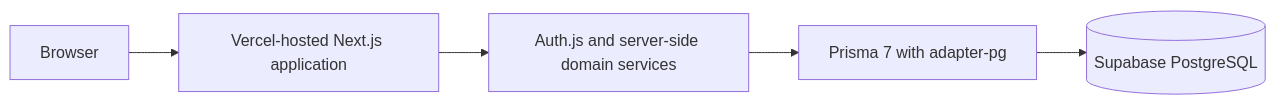
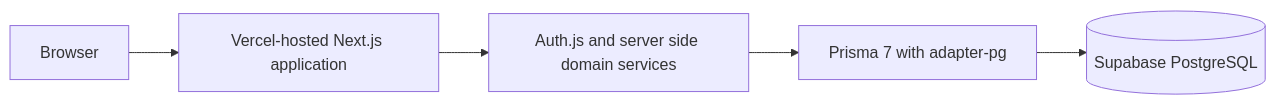
The diagram in docs/CASE_STUDY.md (simonjr07/aurelia-studio), drawn with Mermaid before and after one commit. The commit also changed other lines of this file and 41 other files, not shown here.

````diff
--- a/docs/CASE_STUDY.md
+++ b/docs/CASE_STUDY.md
@@ -19,7 +19,7 @@
 ```mermaid
 flowchart LR
   B[Browser] --> N[Vercel-hosted Next.js application]
-  N --> S[Auth.js and server-side domain services]
+  N --> S[Auth.js and server side domain services]
   S --> P[Prisma 7 with adapter-pg]
   P --> D[(Supabase PostgreSQL)]
 ```
````
